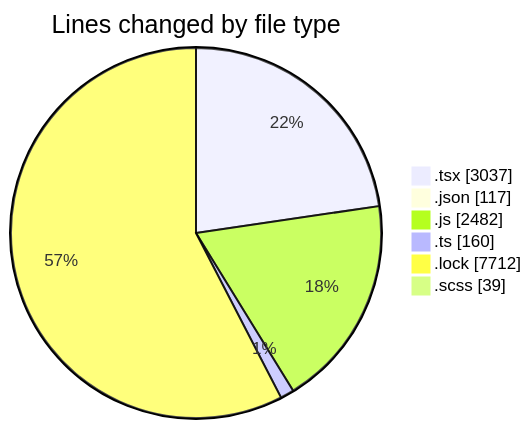
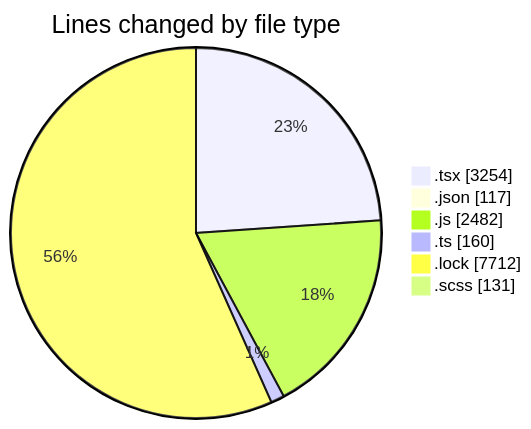
Before and after one commit to momahboobian/code-tracking: the first of 2 diagrams in 2025-04-28/cda/README.md, drawn with Mermaid. The commit also changed other lines of this file and 1 other file, not shown here.

````diff
--- a/2025-04-28/cda/README.md
+++ b/2025-04-28/cda/README.md
@@ -40,10 +42,10 @@
 ```mermaid
 pie showData
 title Lines changed by file type
-".tsx" : 3037
+".tsx" : 3254
 ".json" : 117
 ".js" : 2482
 ".ts" : 160
 ".lock" : 7712
-".scss" : 39
+".scss" : 131
 ```
````
